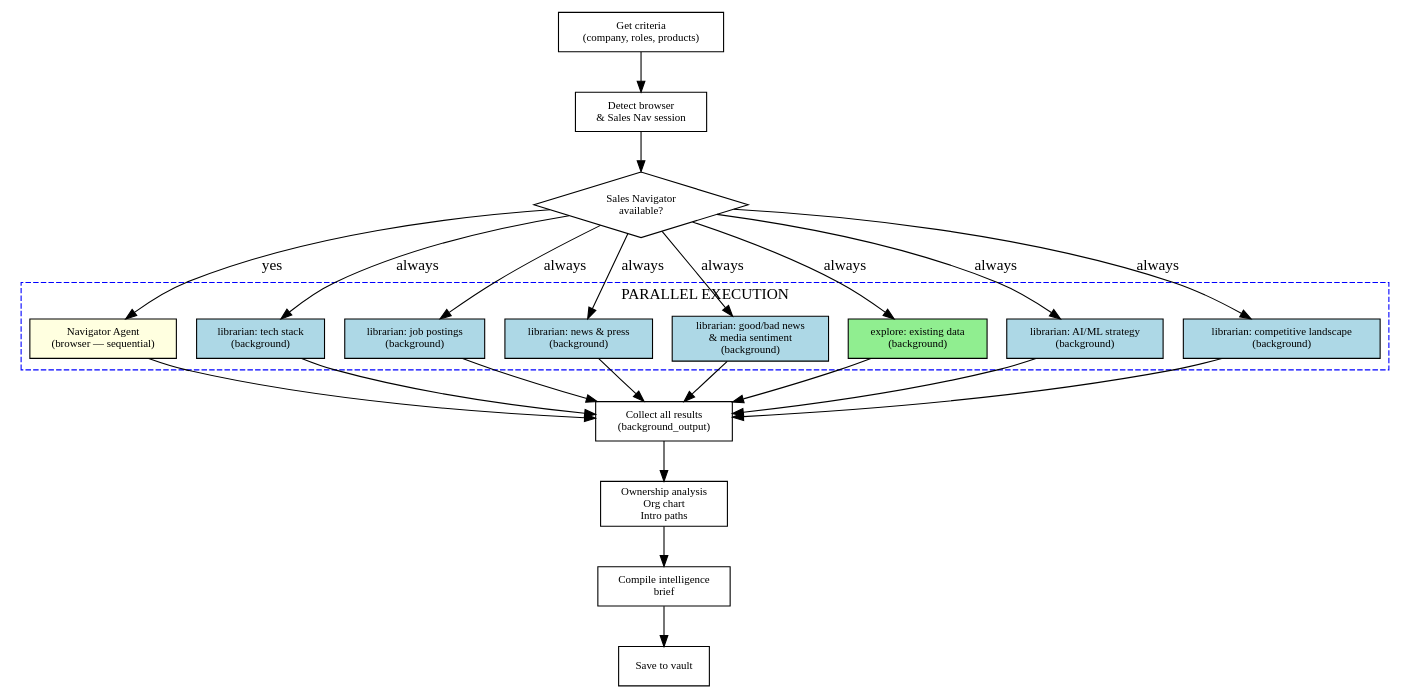
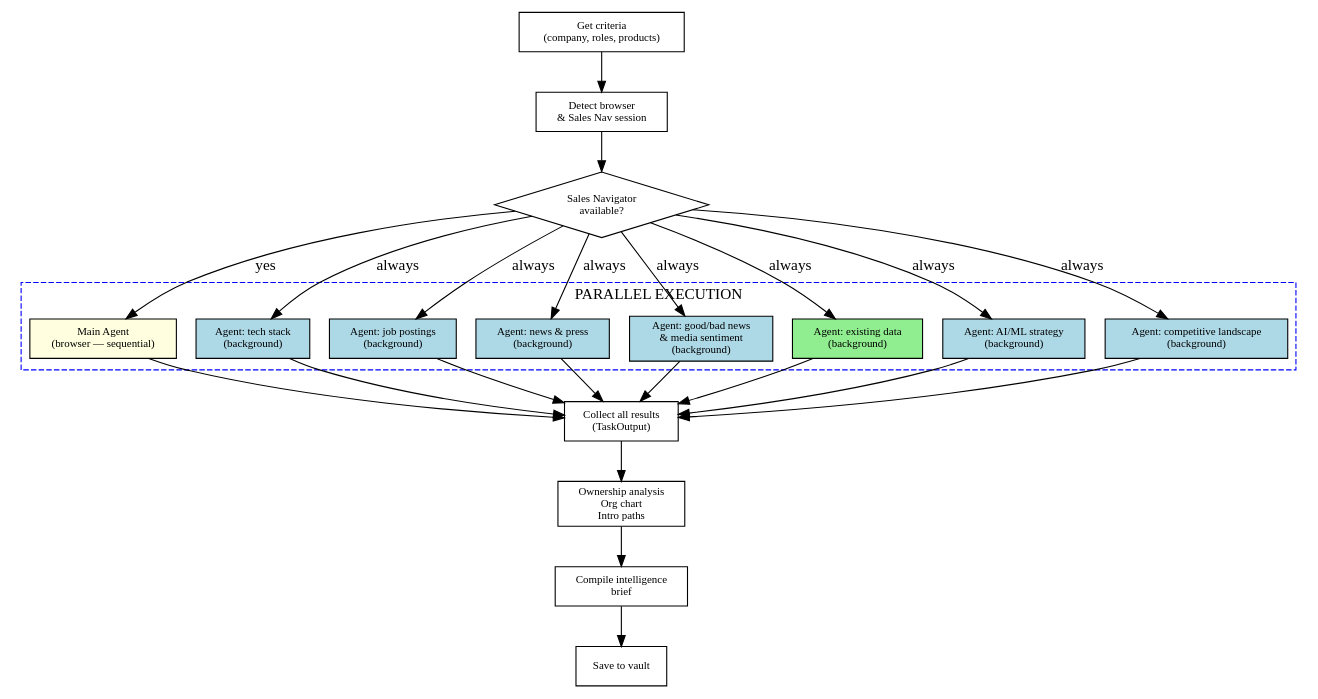
The diagram in SKILL.md (songlining/sales-research), drawn with Graphviz before and after one commit. The commit also changed other lines of this file, not shown here.

Commit message:
migrate: rewrite parallel subagent architecture for Claude Code Agent tool

````diff
--- a/SKILL.md
+++ b/SKILL.md
@@ -313,48 +343,48 @@
 ```dot
 digraph sales_research {
   rankdir=TB;
   node [fontsize=10];
   input [label="Get criteria\n(company, roles, products)" shape=box];
   detect [label="Detect browser\n& Sales Nav session" shape=box];
   nav_check [label="Sales Navigator\navailable?" shape=diamond];
 
   subgraph cluster_parallel {
     label="PARALLEL EXECUTION";
     style=dashed;
     color=blue;
 
-    nav [label="Navigator Agent\n(browser — sequential)" shape=box style=filled fillcolor=lightyellow];
-    web1 [label="librarian: tech stack\n(background)" shape=box style=filled fillcolor=lightblue];
-    web2 [label="librarian: job postings\n(background)" shape=box style=filled fillcolor=lightblue];
-    web3 [label="librarian: news & press\n(background)" shape=box style=filled fillcolor=lightblue];
-    web3b [label="librarian: good/bad news\n& media sentiment\n(background)" shape=box style=filled fillcolor=lightblue];
-    web4 [label="explore: existing data\n(background)" shape=box style=filled fillcolor=lightgreen];
-    web5 [label="librarian: AI/ML strategy\n(background)" shape=box style=filled fillcolor=lightblue];
-    web6 [label="librarian: competitive landscape\n(background)" shape=box style=filled fillcolor=lightblue];
+    nav [label="Main Agent\n(browser — sequential)" shape=box style=filled fillcolor=lightyellow];
+    web1 [label="Agent: tech stack\n(background)" shape=box style=filled fillcolor=lightblue];
+    web2 [label="Agent: job postings\n(background)" shape=box style=filled fillcolor=lightblue];
+    web3 [label="Agent: news & press\n(background)" shape=box style=filled fillcolor=lightblue];
+    web3b [label="Agent: good/bad news\n& media sentiment\n(background)" shape=box style=filled fillcolor=lightblue];
+    web4 [label="Agent: existing data\n(background)" shape=box style=filled fillcolor=lightgreen];
+    web5 [label="Agent: AI/ML strategy\n(background)" shape=box style=filled fillcolor=lightblue];
+    web6 [label="Agent: competitive landscape\n(background)" shape=box style=filled fillcolor=lightblue];
   }
 
-  collect [label="Collect all results\n(background_output)" shape=box];
+  collect [label="Collect all results\n(TaskOutput)" shape=box];
   analyze [label="Ownership analysis\nOrg chart\nIntro paths" shape=box];
   compile [label="Compile intelligence\nbrief" shape=box];
   file [label="Save to vault" shape=box];
 
   input -> detect -> nav_check;
   nav_check -> nav [label="yes"];
   nav_check -> web1 [label="always"];
   nav_check -> web2 [label="always"];
   nav_check -> web3 [label="always"];
   nav_check -> web3b [label="always"];
   nav_check -> web4 [label="always"];
   nav_check -> web5 [label="always"];
   nav_check -> web6 [label="always"];
   nav -> collect;
   web1 -> collect;
   web2 -> collect;
   web3 -> collect;
   web3b -> collect;
   web4 -> collect;
   web5 -> collect;
   web6 -> collect;
   collect -> analyze -> compile -> file;
 }
 ```
````
